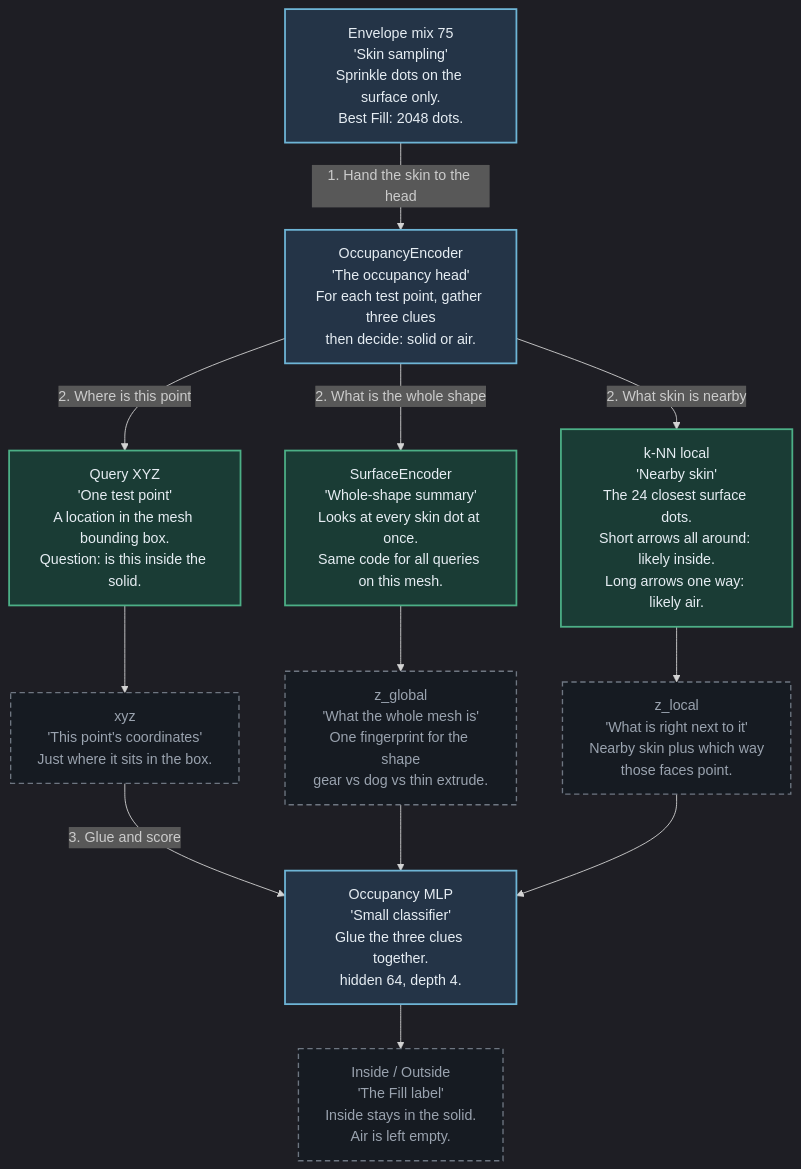
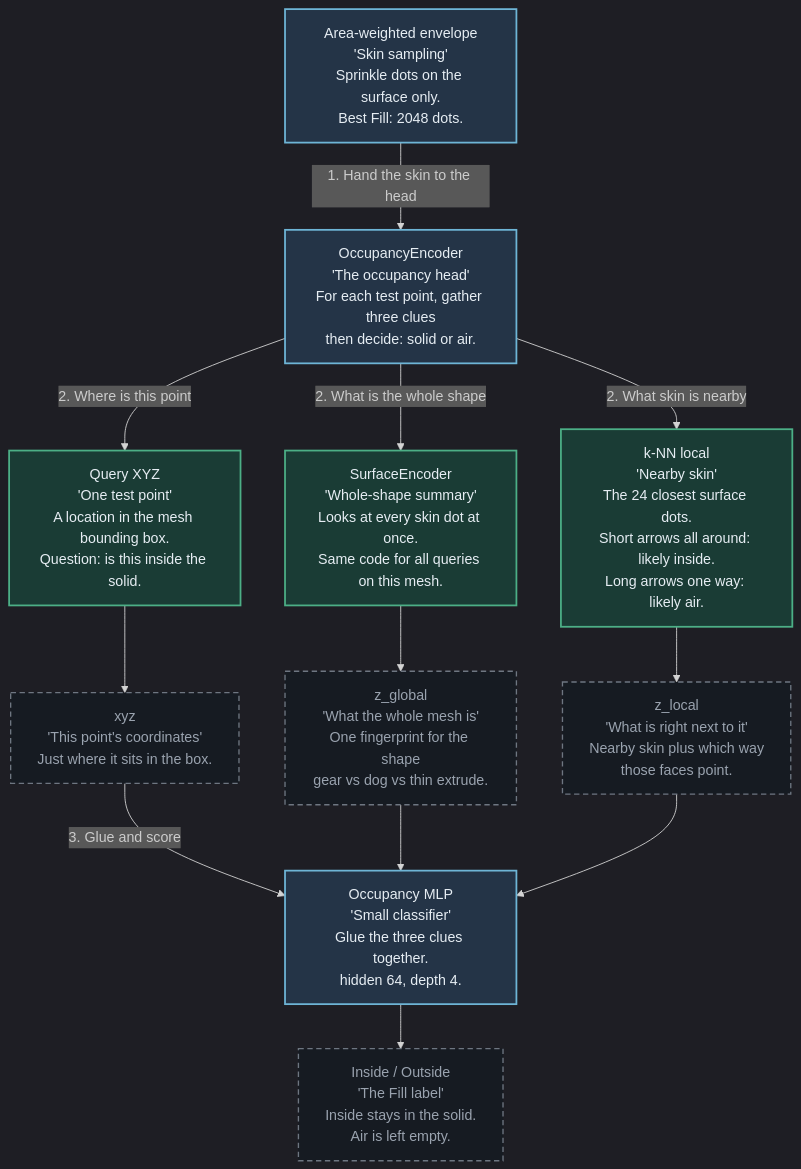
One commit to PerryGu/scatteringNet changed the first of 2 diagrams in README.md. Above: the diagram before and after it, drawn with Mermaid. The commit also changed other lines of this file and 47 other files, not shown here.

First line of the commit message:
Optimize envelope generation: drop crease sampling and add area-only training

````diff
--- a/README.md
+++ b/README.md
@@ -250,35 +264,35 @@
 ```mermaid
 %%{init: {"theme": "dark", "flowchart": {"htmlLabels": true, "curve": "basis"}}}%%
 flowchart TD
-    SETUP["Envelope mix 75<br/>'Skin sampling'<br/>Sprinkle dots on the surface only.<br/>Best Fill: 2048 dots."]
+    SETUP["Area-weighted envelope<br/>'Skin sampling'<br/>Sprinkle dots on the surface only.<br/>Best Fill: 2048 dots."]
     HUB["OccupancyEncoder<br/>'The occupancy head'<br/>For each test point, gather three clues<br/>then decide: solid or air."]
     Q["Query XYZ<br/>'One test point'<br/>A location in the mesh bounding box.<br/>Question: is this inside the solid."]
     PN["SurfaceEncoder<br/>'Whole-shape summary'<br/>Looks at every skin dot at once.<br/>Same code for all queries on this mesh."]
     KN["k-NN local<br/>'Nearby skin'<br/>The 24 closest surface dots.<br/>Short arrows all around: likely inside.<br/>Long arrows one way: likely air."]
     QO["xyz<br/>'This point's coordinates'<br/>Just where it sits in the box."]
     ZG["z_global<br/>'What the whole mesh is'<br/>One fingerprint for the shape<br/>gear vs dog vs thin extrude."]
     ZL["z_local<br/>'What is right next to it'<br/>Nearby skin plus which way<br/>those faces point."]
     MLP["Occupancy MLP<br/>'Small classifier'<br/>Glue the three clues together.<br/>hidden 64, depth 4."]
     OUT["Inside / Outside<br/>'The Fill label'<br/>Inside stays in the solid.<br/>Air is left empty."]
 
     SETUP -->|"1. Hand the skin to the head"| HUB
     HUB -->|"2. Where is this point"| Q
     HUB -->|"2. What is the whole shape"| PN
     HUB -->|"2. What skin is nearby"| KN
     Q --> QO
     PN --> ZG
     KN --> ZL
     QO -->|"3. Glue and score"| MLP
     ZG --> MLP
     ZL --> MLP
     MLP --> OUT
 
     classDef setup fill:#243447,stroke:#6eb5d6,stroke-width:2px,color:#e6edf3
     classDef hub fill:#243447,stroke:#6eb5d6,stroke-width:2px,color:#e6edf3
     classDef proc fill:#1a3c35,stroke:#4caf86,stroke-width:2px,color:#e6edf3
     classDef out fill:#161b22,stroke:#6e7681,stroke-width:1.5px,stroke-dasharray:6 4,color:#9aa3af
     class SETUP setup
     class HUB,MLP hub
     class Q,PN,KN proc
     class QO,ZG,ZL,OUT out
 ```
````
